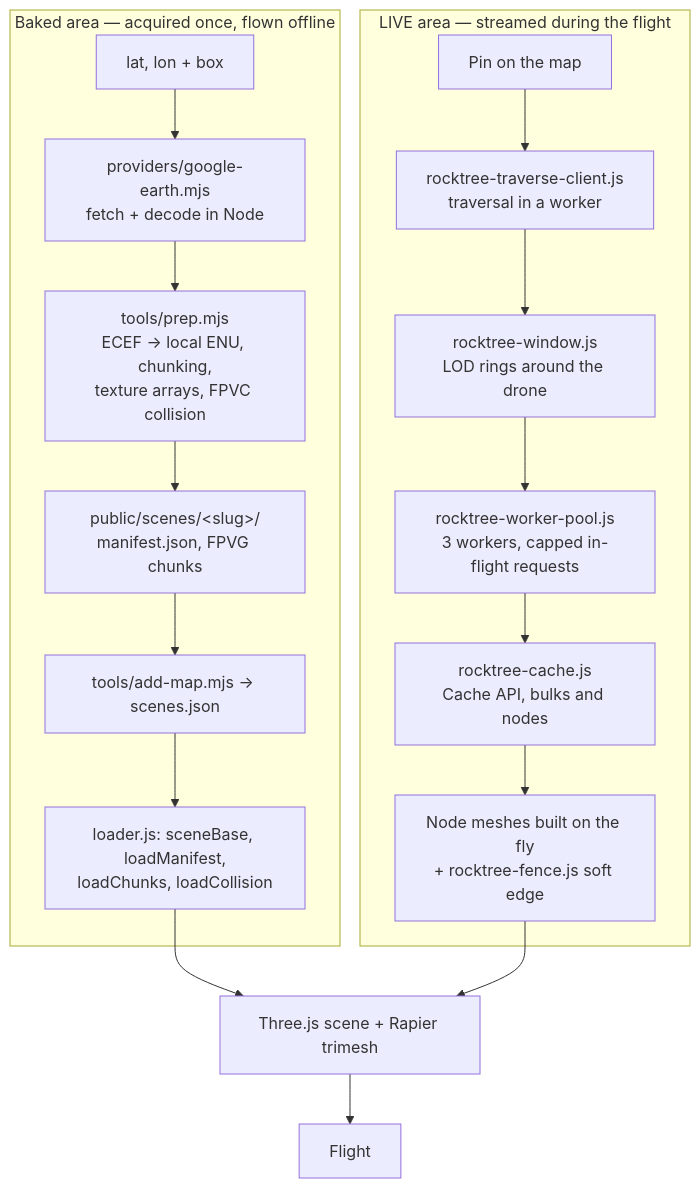
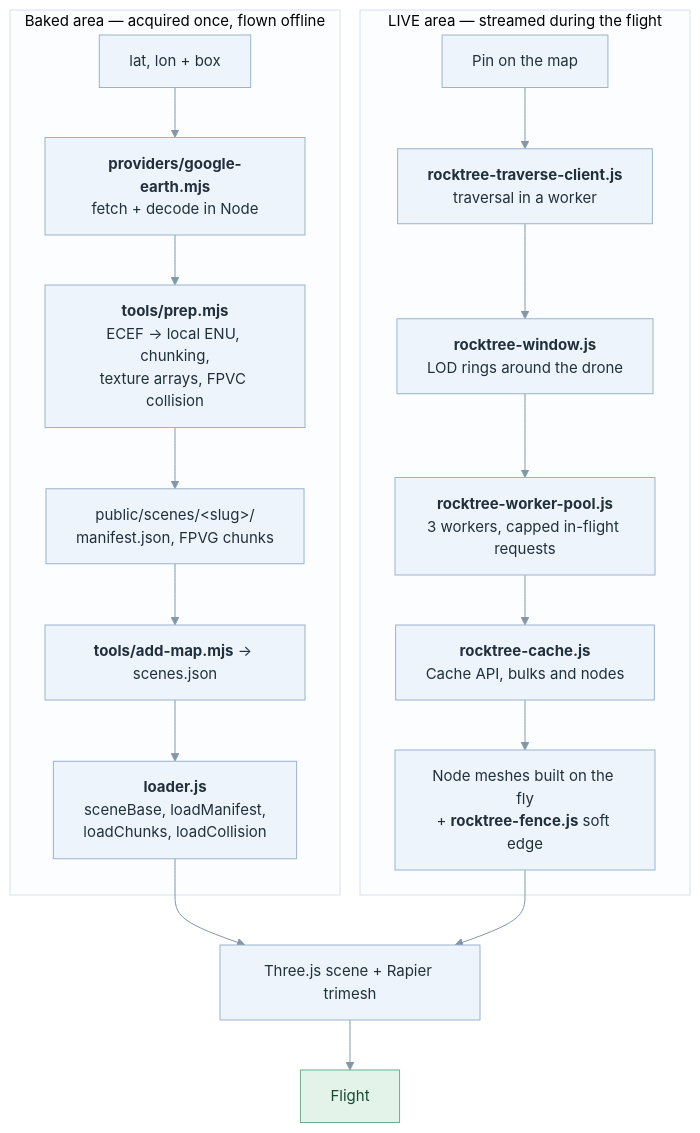
Before and after one commit to lionrayonnant/FPVThePlanet: the first of 3 diagrams in sim/docs/architecture-diagrams.md, drawn with Mermaid.

Commit message:
Enhance architecture diagrams with bold text
Updated architecture diagrams with bold formatting for key components.

````diff
--- a/sim/docs/architecture-diagrams.md
+++ b/sim/docs/architecture-diagrams.md
@@ -60,22 +60,32 @@
 ```mermaid
+%%{init: {'theme':'base','themeVariables':{
+  'fontFamily':'ui-sans-serif, system-ui, -apple-system, Segoe UI, sans-serif',
+  'fontSize':'15px',
+  'primaryColor':'#EEF4FC','primaryTextColor':'#22303C','primaryBorderColor':'#9BB3CD',
+  'lineColor':'#8496A8','edgeLabelBackground':'#FFFFFF',
+  'clusterBkg':'#FBFDFF','clusterBorder':'#D6E2EE',
+  'tertiaryColor':'#FFFFFF'}}}%%
 flowchart TD
     subgraph BAKED["Baked area — acquired once, flown offline"]
-        A1["lat, lon + box"] --> A2["providers/google-earth.mjs<br/>fetch + decode in Node"]
-        A2 --> A3["tools/prep.mjs<br/>ECEF -> local ENU, chunking,<br/>texture arrays, FPVC collision"]
+        A1["lat, lon + box"] --> A2["<b>providers/google-earth.mjs</b><br/>fetch + decode in Node"]
+        A2 --> A3["<b>tools/prep.mjs</b><br/>ECEF → local ENU, chunking,<br/>texture arrays, FPVC collision"]
         A3 --> A4["public/scenes/&lt;slug&gt;/<br/>manifest.json, FPVG chunks"]
-        A4 --> A5["tools/add-map.mjs -> scenes.json"]
-        A5 --> A6["loader.js: sceneBase, loadManifest,<br/>loadChunks, loadCollision"]
+        A4 --> A5["<b>tools/add-map.mjs</b> → scenes.json"]
+        A5 --> A6["<b>loader.js</b><br/>sceneBase, loadManifest,<br/>loadChunks, loadCollision"]
     end
 
     subgraph LIVE["LIVE area — streamed during the flight"]
-        B1["Pin on the map"] --> B2["rocktree-traverse-client.js<br/>traversal in a worker"]
-        B2 --> B3["rocktree-window.js<br/>LOD rings around the drone"]
-        B3 --> B4["rocktree-worker-pool.js<br/>3 workers, capped in-flight requests"]
-        B4 --> B5["rocktree-cache.js<br/>Cache API, bulks and nodes"]
-        B5 --> B6["Node meshes built on the fly<br/>+ rocktree-fence.js soft edge"]
+        B1["Pin on the map"] --> B2["<b>rocktree-traverse-client.js</b><br/>traversal in a worker"]
+        B2 --> B3["<b>rocktree-window.js</b><br/>LOD rings around the drone"]
+        B3 --> B4["<b>rocktree-worker-pool.js</b><br/>3 workers, capped in-flight requests"]
+        B4 --> B5["<b>rocktree-cache.js</b><br/>Cache API, bulks and nodes"]
+        B5 --> B6["Node meshes built on the fly<br/>+ <b>rocktree-fence.js</b> soft edge"]
     end
 
     A6 --> SCENE["Three.js scene + Rapier trimesh"]
     B6 --> SCENE
     SCENE --> FLY["Flight"]
+
+    classDef flight fill:#E3F3EA,stroke:#6FAE8B,color:#164A30
+    class FLY flight
 ```
````
